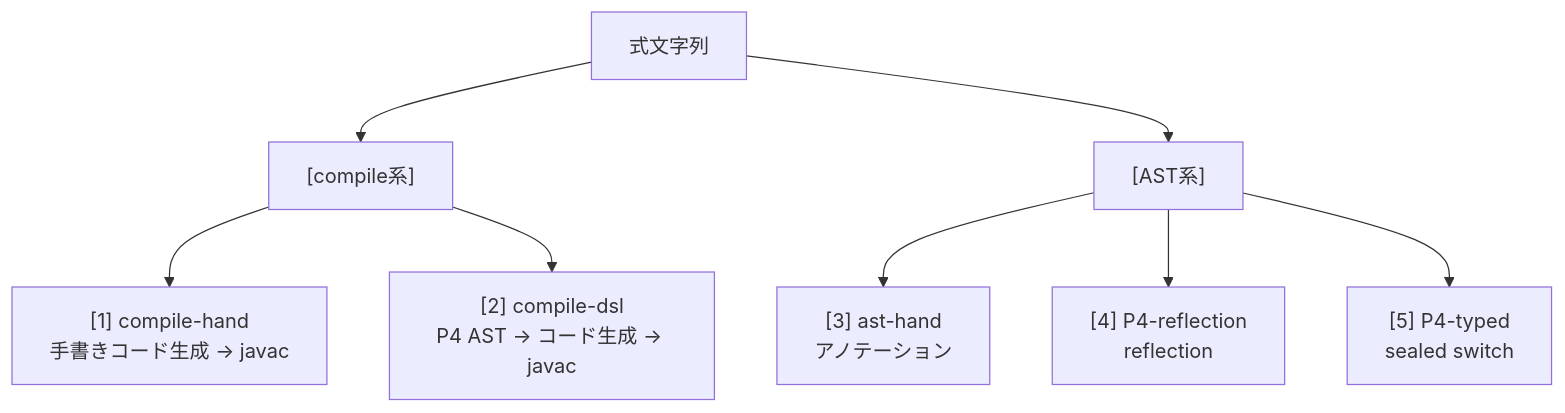
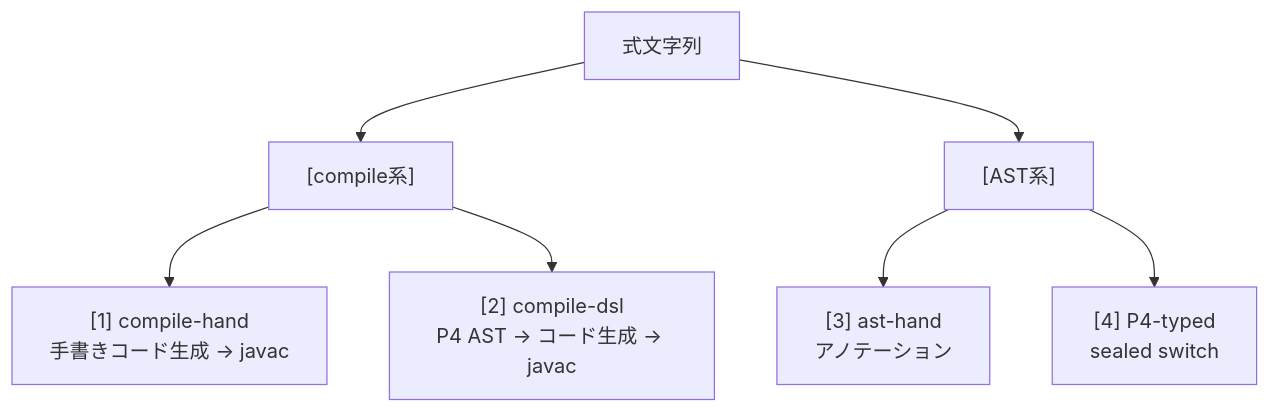
One commit to opaopa6969/tinyexpression changed the first of 2 diagrams in docs/implementation-guide-dialogue.ja.md. Above: the diagram before and after it, drawn with Mermaid. The commit also changed other lines of this file and 21 other files, not shown here.

````diff
--- a/docs/implementation-guide-dialogue.ja.md
+++ b/docs/implementation-guide-dialogue.ja.md
@@ -19,19 +19,17 @@
 ```mermaid
 flowchart TD
     Expr[式文字列]
     Compile["[compile系]"]
     AST["[AST系]"]
     C1["[1] compile-hand<br/>手書きコード生成 → javac"]
     C2["[2] compile-dsl<br/>P4 AST → コード生成 → javac"]
     A3["[3] ast-hand<br/>アノテーション"]
-    A4["[4] P4-reflection<br/>reflection"]
-    A5["[5] P4-typed<br/>sealed switch"]
+    A4["[4] P4-typed<br/>sealed switch"]
 
     Expr --> Compile
     Expr --> AST
     Compile --> C1
     Compile --> C2
     AST --> A3
     AST --> A4
-    AST --> A5
 ```
````
